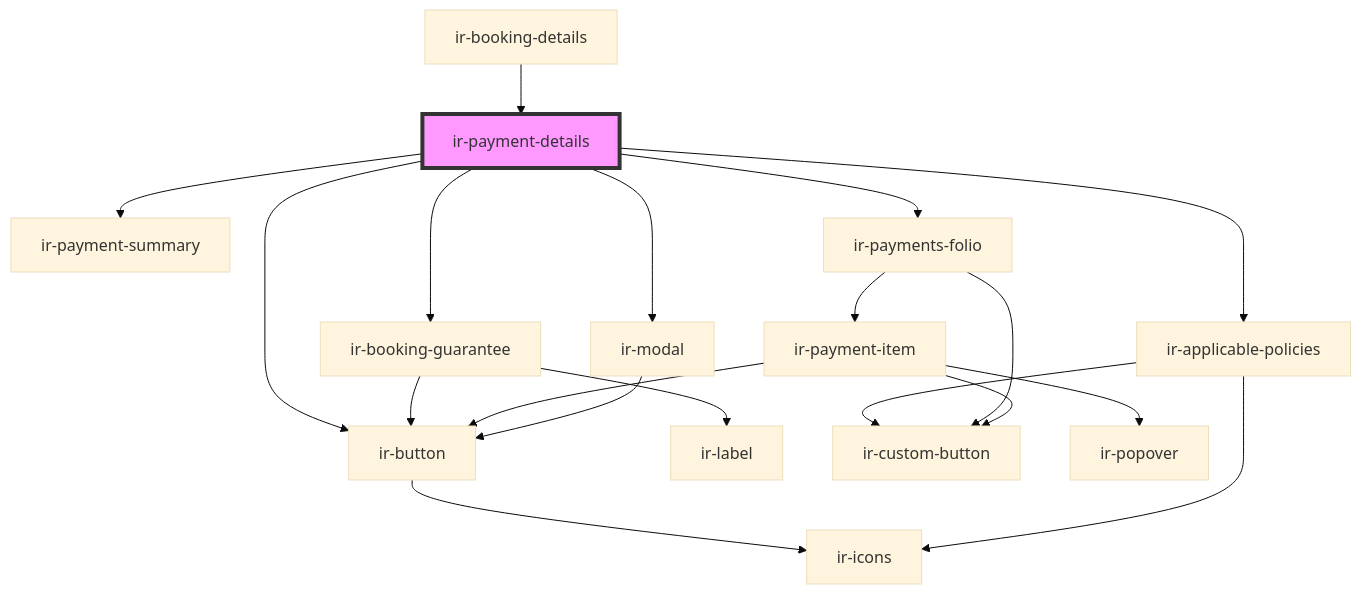
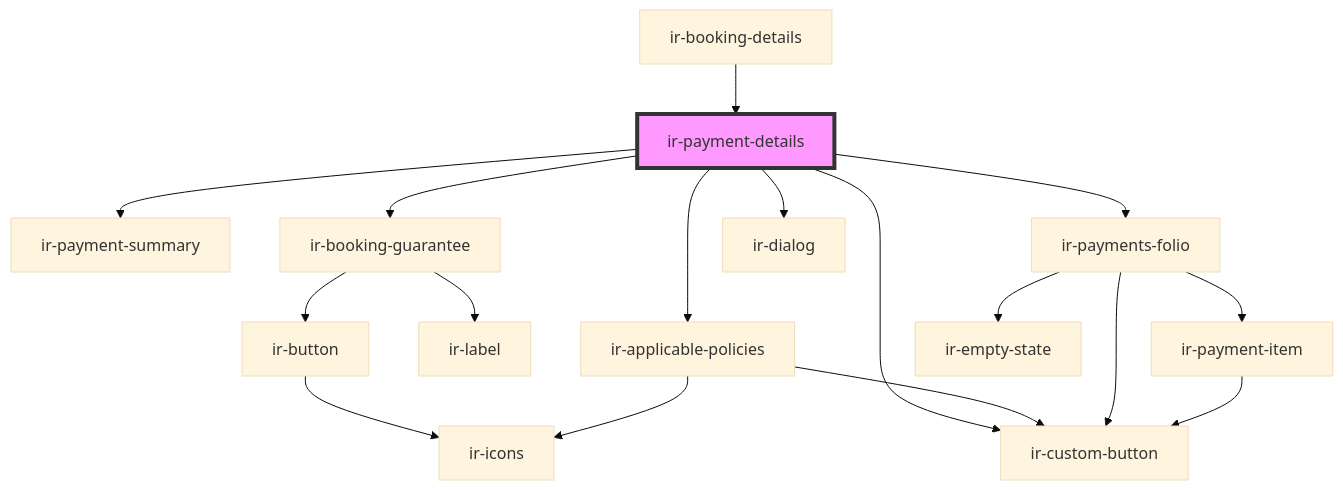
The diagram in src/components/ir-booking-details/ir-payment-details/readme.md (RonyRizk/ir-webcmp), drawn with Mermaid (base theme) before and after one commit. The commit also changed other lines of this file and 433 other files, not shown here.

````diff
--- a/src/components/ir-booking-details/ir-payment-details/readme.md
+++ b/src/components/ir-booking-details/ir-payment-details/readme.md
@@ -45,22 +45,20 @@
 ```mermaid
 graph TD;
   ir-payment-details --> ir-payment-summary
   ir-payment-details --> ir-booking-guarantee
   ir-payment-details --> ir-applicable-policies
-  ir-payment-details --> ir-button
+  ir-payment-details --> ir-custom-button
   ir-payment-details --> ir-payments-folio
-  ir-payment-details --> ir-modal
+  ir-payment-details --> ir-dialog
   ir-booking-guarantee --> ir-label
   ir-booking-guarantee --> ir-button
   ir-button --> ir-icons
   ir-applicable-policies --> ir-custom-button
   ir-applicable-policies --> ir-icons
   ir-payments-folio --> ir-payment-item
+  ir-payments-folio --> ir-empty-state
   ir-payments-folio --> ir-custom-button
-  ir-payment-item --> ir-popover
-  ir-payment-item --> ir-button
   ir-payment-item --> ir-custom-button
-  ir-modal --> ir-button
   ir-booking-details --> ir-payment-details
   style ir-payment-details fill:#f9f,stroke:#333,stroke-width:4px
 ```
````
